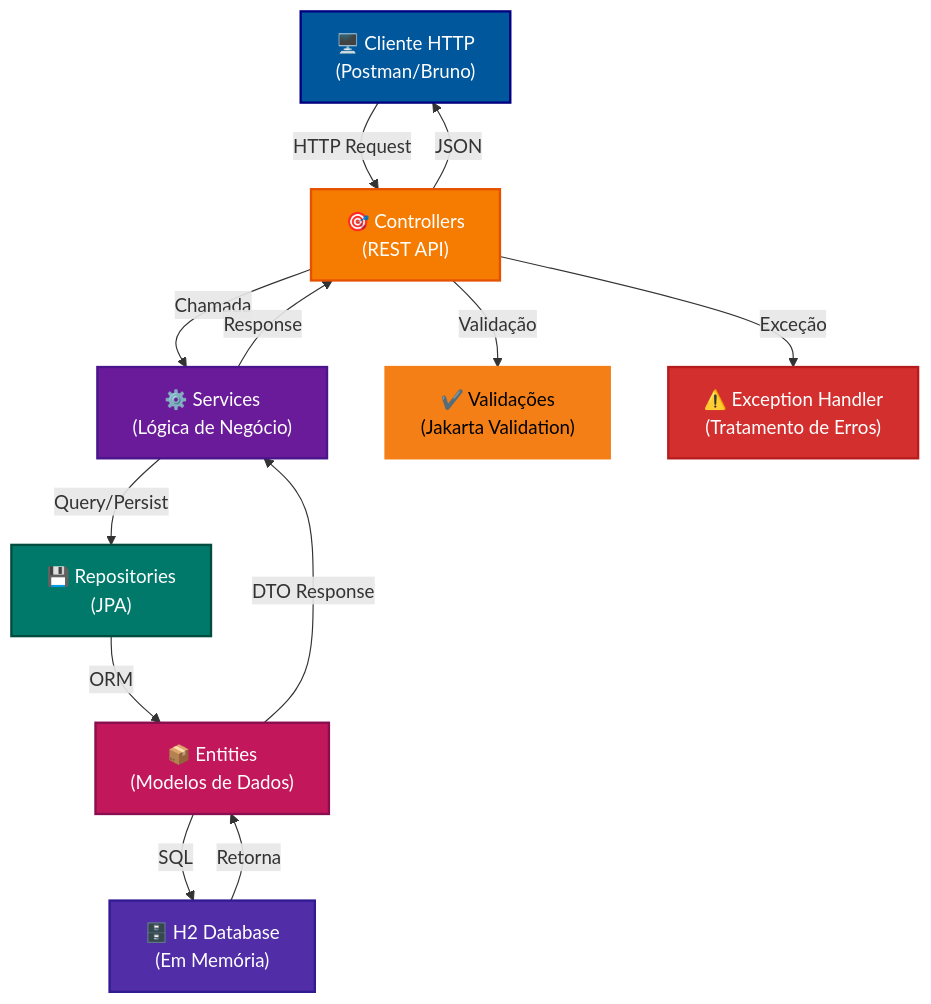
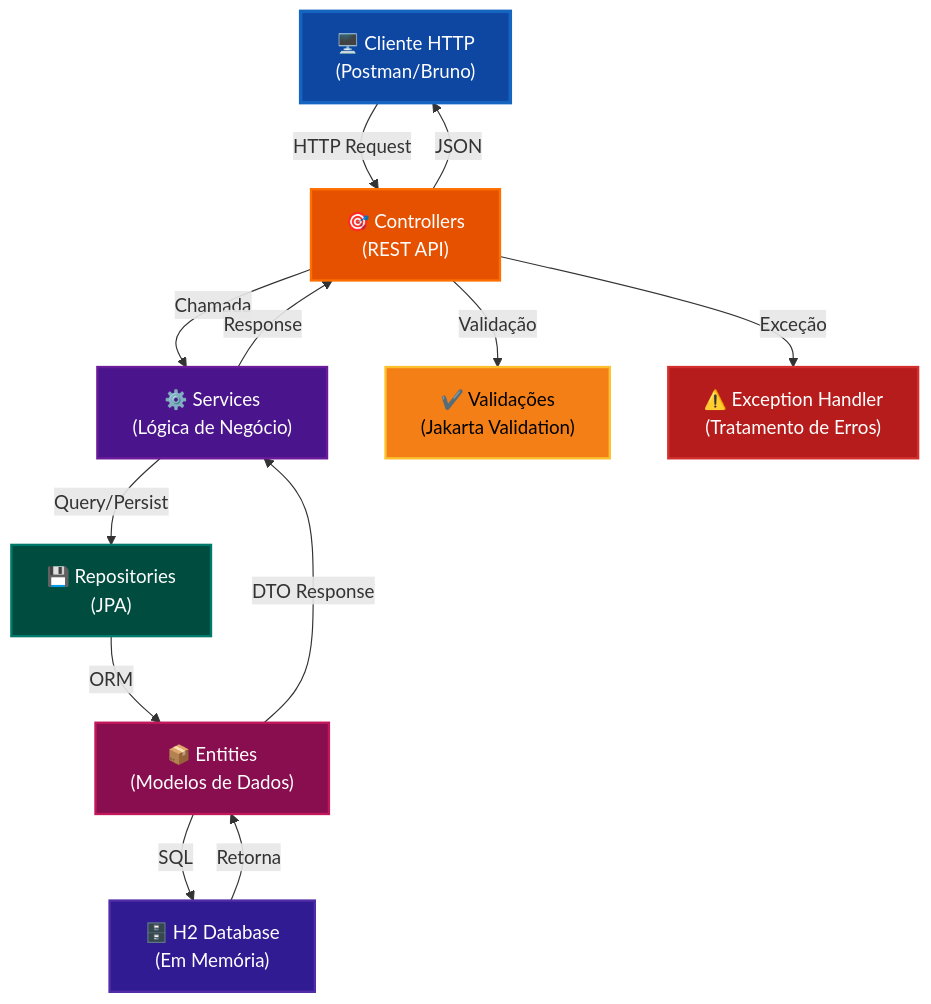
One commit to rrublez/delivery-api-rrubleske changed the first of 10 diagrams in README.md. Above: the diagram before and after it, drawn with Mermaid. The commit also changed other lines of this file and 6 other files, not shown here.

````diff
--- a/README.md
+++ b/README.md
@@ -40,34 +40,34 @@
 ```mermaid
 graph TB
     Client["🖥️ Cliente HTTP<br/>(Postman/Bruno)"]
     
     Controller["🎯 Controllers<br/>(REST API)"]
     Service["⚙️ Services<br/>(Lógica de Negócio)"]
     Repository["💾 Repositories<br/>(JPA)"]
     Entity["📦 Entities<br/>(Modelos de Dados)"]
     Validation["✔️ Validações<br/>(Jakarta Validation)"]
     Exception["⚠️ Exception Handler<br/>(Tratamento de Erros)"]
     Database["🗄️ H2 Database<br/>(Em Memória)"]
     
     Client -->|HTTP Request| Controller
     Controller -->|Validação| Validation
     Controller -->|Exceção| Exception
     Controller -->|Chamada| Service
     Service -->|Query/Persist| Repository
     Repository -->|ORM| Entity
     Entity -->|SQL| Database
     
     Database -->|Retorna| Entity
     Entity -->|DTO Response| Service
     Service -->|Response| Controller
     Controller -->|JSON| Client
     
-    style Client fill:#01579B,stroke:#000080,stroke-width:2px,color:#fff
-    style Controller fill:#F57C00,stroke:#E65100,stroke-width:2px,color:#fff
-    style Service fill:#6A1B9A,stroke:#4A148C,stroke-width:2px,color:#fff
-    style Repository fill:#00796B,stroke:#004D40,stroke-width:2px,color:#fff
-    style Entity fill:#C2185B,stroke:#880E4F,stroke-width:2px,color:#fff
-    style Validation fill:#F57F17,stroke:#F57F17,stroke-width:2px,color:#000
-    style Exception fill:#D32F2F,stroke:#B71C1C,stroke-width:2px,color:#fff
-    style Database fill:#512DA8,stroke:#311B92,stroke-width:2px,color:#fff
+    style Client fill:#0D47A1,stroke:#1565C0,stroke-width:3px,color:#FFF
+    style Controller fill:#E65100,stroke:#FF6F00,stroke-width:2px,color:#FFF
+    style Service fill:#4A148C,stroke:#6A1B9A,stroke-width:2px,color:#FFF
+    style Repository fill:#004D40,stroke:#00796B,stroke-width:2px,color:#FFF
+    style Entity fill:#880E4F,stroke:#C2185B,stroke-width:2px,color:#FFF
+    style Validation fill:#F57F17,stroke:#FBC02D,stroke-width:2px,color:#000
+    style Exception fill:#B71C1C,stroke:#D32F2F,stroke-width:2px,color:#FFF
+    style Database fill:#311B92,stroke:#512DA8,stroke-width:2px,color:#FFF
 ```
````
